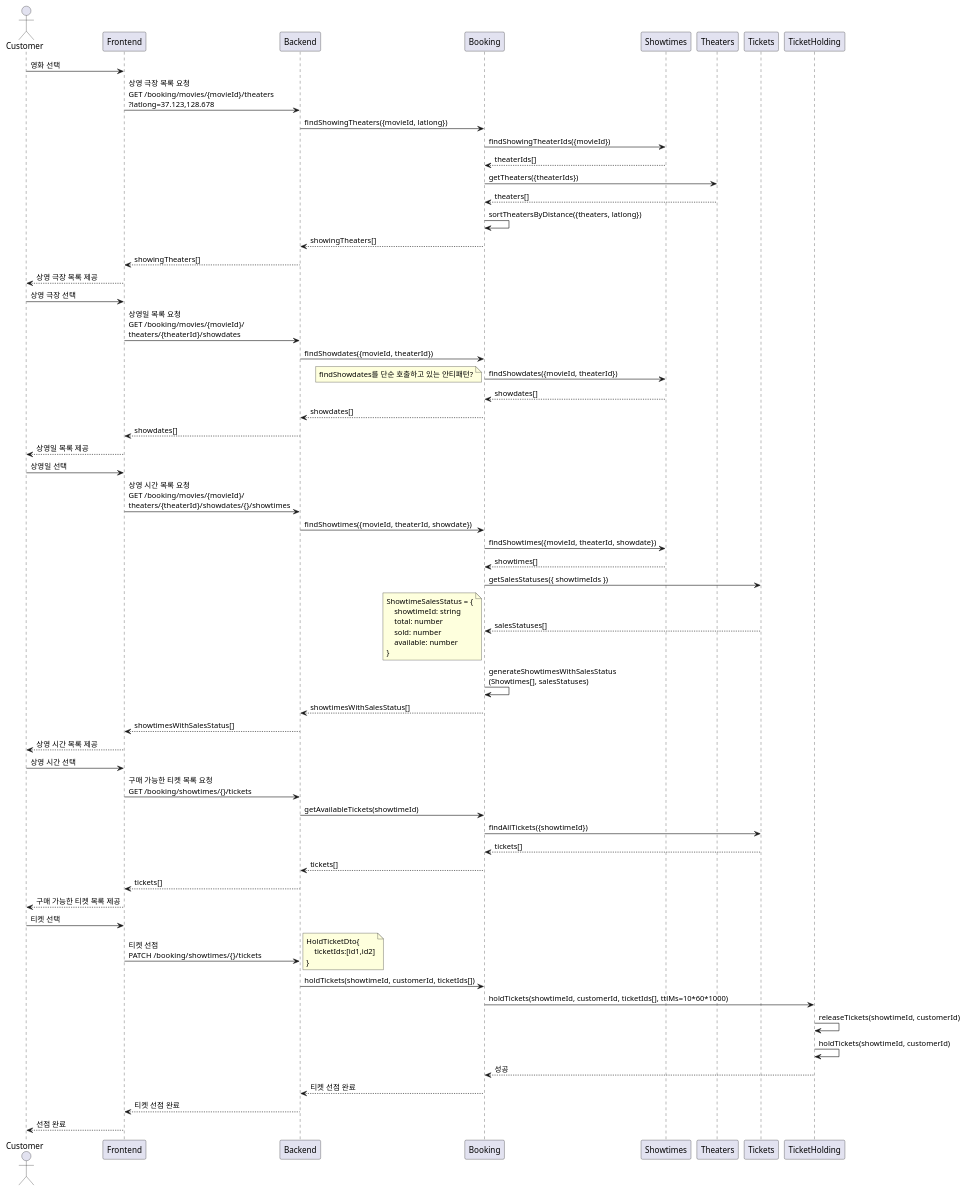
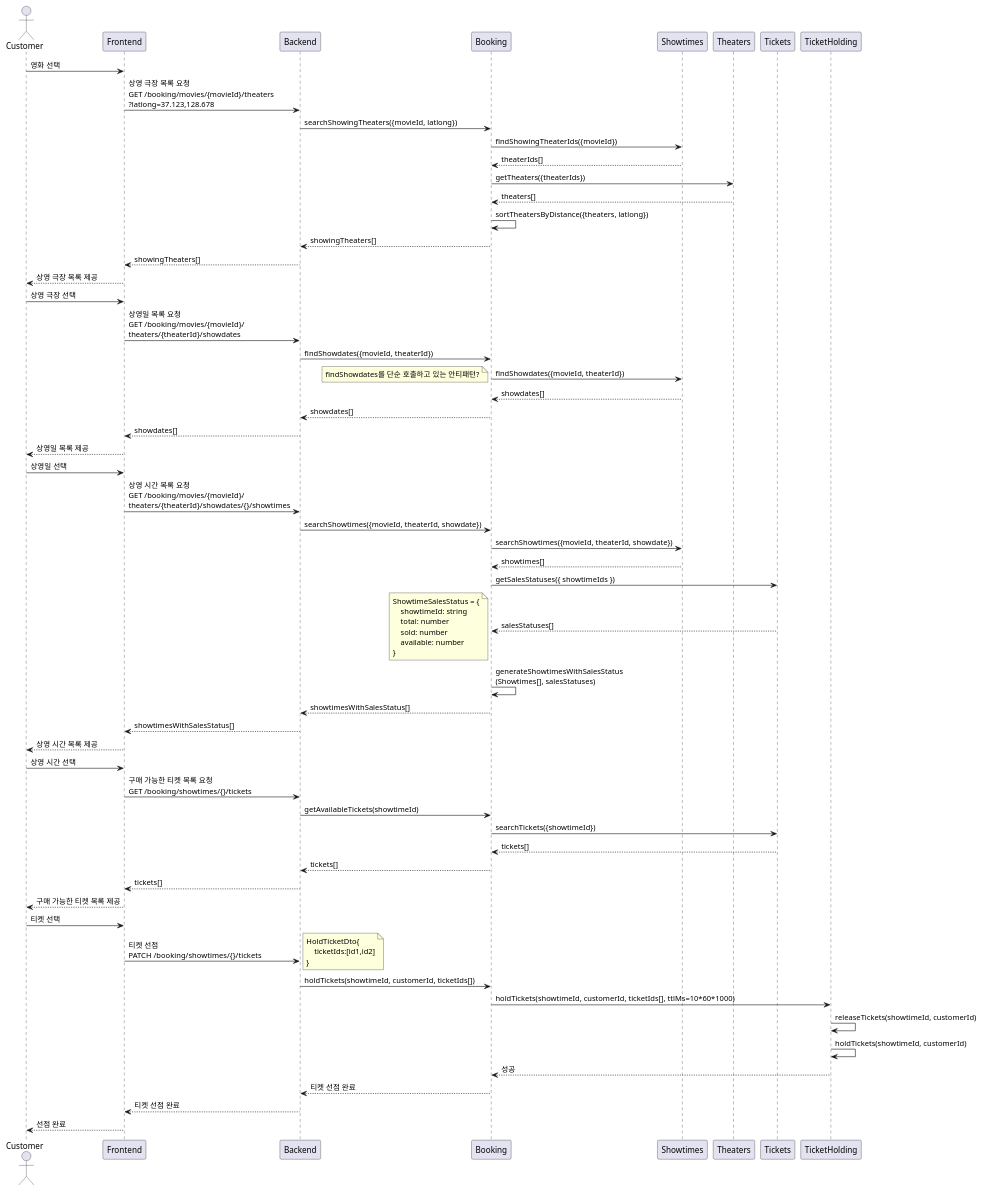
One commit to songminkyu/nest-msa changed the second of 4 diagrams in docs/ko/designs/tickets-purchase.md. Above: the diagram before and after it, drawn with PlantUML. The commit also changed other lines of this file and 41 other files, not shown here.

````diff
--- a/docs/ko/designs/tickets-purchase.md
+++ b/docs/ko/designs/tickets-purchase.md
@@ -106,74 +106,74 @@
 ```plantuml
 @startuml
 actor Customer
 
 Customer -> Frontend: 영화 선택
     Frontend -> Backend: 상영 극장 목록 요청\nGET /booking/movies/{movieId}/theaters\n?latlong=37.123,128.678
-        Backend -> Booking: findShowingTheaters({movieId, latlong})
+        Backend -> Booking: searchShowingTheaters({movieId, latlong})
             Booking -> Showtimes: findShowingTheaterIds({movieId})
             Booking <-- Showtimes: theaterIds[]
             Booking -> Theaters: getTheaters({theaterIds})
             Booking <-- Theaters: theaters[]
             Booking -> Booking: sortTheatersByDistance({theaters, latlong})
         Backend <-- Booking: showingTheaters[]
     Frontend <-- Backend: showingTheaters[]
 Customer <-- Frontend: 상영 극장 목록 제공
 
 Customer -> Frontend: 상영 극장 선택
     Frontend -> Backend: 상영일 목록 요청\nGET /booking/movies/{movieId}/\ntheaters/{theaterId}/showdates
         Backend -> Booking: findShowdates({movieId, theaterId})
             Booking -> Showtimes: findShowdates({movieId, theaterId})
                 note left
                 findShowdates를 단순 호출하고 있는 안티패턴?
                 end note
             Booking <-- Showtimes: showdates[]
         Backend <-- Booking: showdates[]
     Frontend <-- Backend: showdates[]
 Customer <-- Frontend: 상영일 목록 제공
 
 Customer -> Frontend: 상영일 선택
     Frontend -> Backend: 상영 시간 목록 요청\nGET /booking/movies/{movieId}/\ntheaters/{theaterId}/showdates/{}/showtimes
-        Backend -> Booking: findShowtimes({movieId, theaterId, showdate})
-            Booking -> Showtimes: findShowtimes({movieId, theaterId, showdate})
+        Backend -> Booking: searchShowtimes({movieId, theaterId, showdate})
+            Booking -> Showtimes: searchShowtimes({movieId, theaterId, showdate})
             Booking <-- Showtimes: showtimes[]
             Booking -> Tickets: getSalesStatuses({ showtimeIds })
             Booking <-- Tickets: salesStatuses[]
             note left
             ShowtimeSalesStatus = {
                 showtimeId: string
                 total: number
                 sold: number
                 available: number
             }
             end note
             Booking -> Booking: generateShowtimesWithSalesStatus\n(Showtimes[], salesStatuses)
         Backend <-- Booking: showtimesWithSalesStatus[]
     Frontend <-- Backend: showtimesWithSalesStatus[]
 Customer <-- Frontend: 상영 시간 목록 제공
 
 Customer -> Frontend: 상영 시간 선택
     Frontend -> Backend: 구매 가능한 티켓 목록 요청\nGET /booking/showtimes/{}/tickets
         Backend -> Booking: getAvailableTickets(showtimeId)
-            Booking -> Tickets: findAllTickets({showtimeId})
+            Booking -> Tickets: searchTickets({showtimeId})
             Booking <-- Tickets: tickets[]
         Backend <-- Booking: tickets[]
     Frontend <-- Backend: tickets[]
 Customer <-- Frontend: 구매 가능한 티켓 목록 제공
 
 Customer -> Frontend: 티켓 선택
     Frontend -> Backend: 티켓 선점\nPATCH /booking/showtimes/{}/tickets
         note right
             HoldTicketDto{
                 ticketIds:[id1,id2]
             }
         end note
         Backend -> Booking: holdTickets(showtimeId, customerId, ticketIds[])
             Booking -> TicketHolding: holdTickets(showtimeId, customerId, ticketIds[], ttlMs=10*60*1000)
                 TicketHolding -> TicketHolding: releaseTickets(showtimeId, customerId)
                 TicketHolding -> TicketHolding: holdTickets(showtimeId, customerId)
             Booking <-- TicketHolding: 성공
         Backend <-- Booking: 티켓 선점 완료
     Frontend <-- Backend: 티켓 선점 완료
 Customer <-- Frontend: 선점 완료
 @enduml
 ```
````
